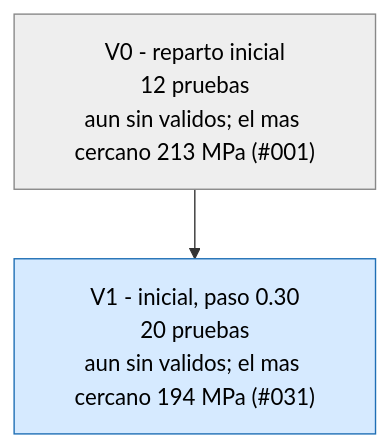
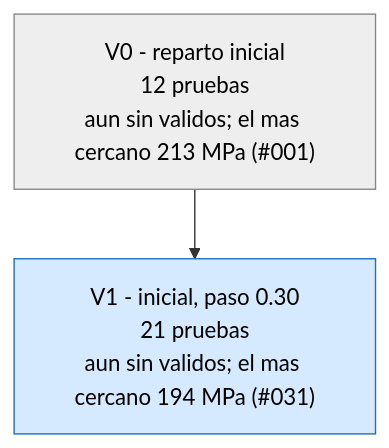
The first of 3 diagrams in runs/opt_37800N/ARBOL.md (Hugiko/msd-soporte-optimizacion), drawn with Mermaid before and after one commit. The commit also changed 19 other files, not shown here.

````diff
--- a/runs/opt_37800N/ARBOL.md
+++ b/runs/opt_37800N/ARBOL.md
@@ -9,9 +9,9 @@
 ```mermaid
 graph TD
 classDef activa fill:#d6eaff,stroke:#1f6fb5,color:#000
 classDef fin fill:#eeeeee,stroke:#888,color:#000
 classDef mejor fill:#c8f0c0,stroke:#1a9850,stroke-width:4px,color:#000
 V0["V0 - reparto inicial<br/>12 pruebas<br/>aun sin validos; el mas cercano 213 MPa (#001)"]:::fin
-V1["V1 - inicial, paso 0.30<br/>20 pruebas<br/>aun sin validos; el mas cercano 194 MPa (#031)"]:::activa
+V1["V1 - inicial, paso 0.30<br/>21 pruebas<br/>aun sin validos; el mas cercano 194 MPa (#031)"]:::activa
 V0 --> V1
 ```
````
